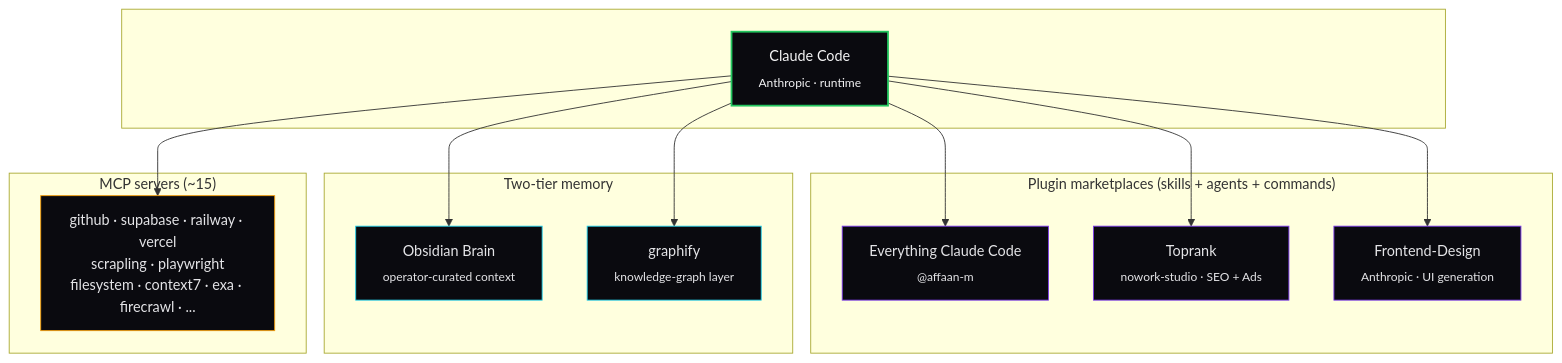
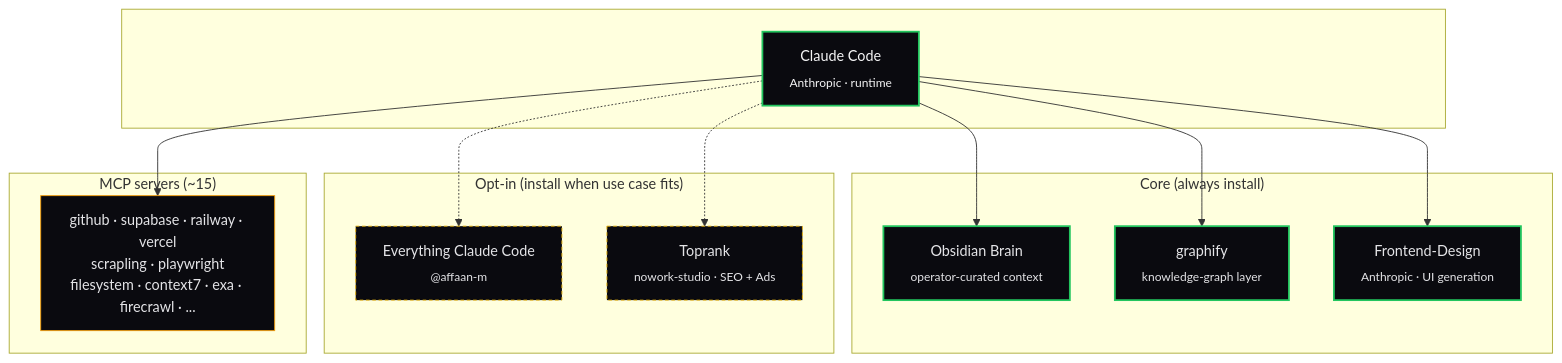
Before and after one commit to mccarthy606/claude-operator-stack: the diagram in stack/README.md, drawn with Mermaid. The commit also changed other lines of this file and 23 other files, not shown here.

````diff
--- a/stack/README.md
+++ b/stack/README.md
@@ -5,37 +5,37 @@
 ```mermaid
 flowchart TB
     subgraph runtime[" "]
         CC[Claude Code<br/><sub>Anthropic · runtime</sub>]
     end
 
-    subgraph plugins["Plugin marketplaces (skills + agents + commands)"]
-        ECC[Everything Claude Code<br/><sub>@affaan-m</sub>]
-        TR[Toprank<br/><sub>nowork-studio · SEO + Ads</sub>]
+    subgraph core["Core (always install)"]
+        OB[Obsidian Brain<br/><sub>operator-curated context</sub>]
+        GR[graphify<br/><sub>knowledge-graph layer</sub>]
         FD[Frontend-Design<br/><sub>Anthropic · UI generation</sub>]
     end
 
-    subgraph memory["Two-tier memory"]
-        OB[Obsidian Brain<br/><sub>operator-curated context</sub>]
-        GR[graphify<br/><sub>knowledge-graph layer</sub>]
+    subgraph optin["Opt-in (install when use case fits)"]
+        ECC[Everything Claude Code<br/><sub>@affaan-m</sub>]
+        TR[Toprank<br/><sub>nowork-studio · SEO + Ads</sub>]
     end
 
     subgraph integrations["MCP servers (~15)"]
         MCP[github · supabase · railway · vercel<br/>scrapling · playwright<br/>filesystem · context7 · exa · firecrawl · ...]
     end
 
-    CC --> ECC
-    CC --> TR
-    CC --> FD
     CC --> OB
     CC --> GR
+    CC --> FD
+    CC -.-> ECC
+    CC -.-> TR
     CC --> MCP
 
     classDef rt fill:#0a0a0f,stroke:#22c55e,stroke-width:2px,color:#f4f4f5
-    classDef plug fill:#0a0a0f,stroke:#7c3aed,color:#e4e4e7
-    classDef mem fill:#0a0a0f,stroke:#22d3ee,color:#e4e4e7
+    classDef coreNode fill:#0a0a0f,stroke:#22c55e,stroke-width:2px,color:#e4e4e7
+    classDef optNode fill:#0a0a0f,stroke:#eab308,stroke-width:1px,stroke-dasharray:4 3,color:#e4e4e7
     classDef int fill:#0a0a0f,stroke:#f59e0b,color:#e4e4e7
     class CC rt
-    class ECC,TR,FD plug
-    class OB,GR mem
+    class OB,GR,FD coreNode
+    class ECC,TR optNode
     class MCP int
 ```
````
